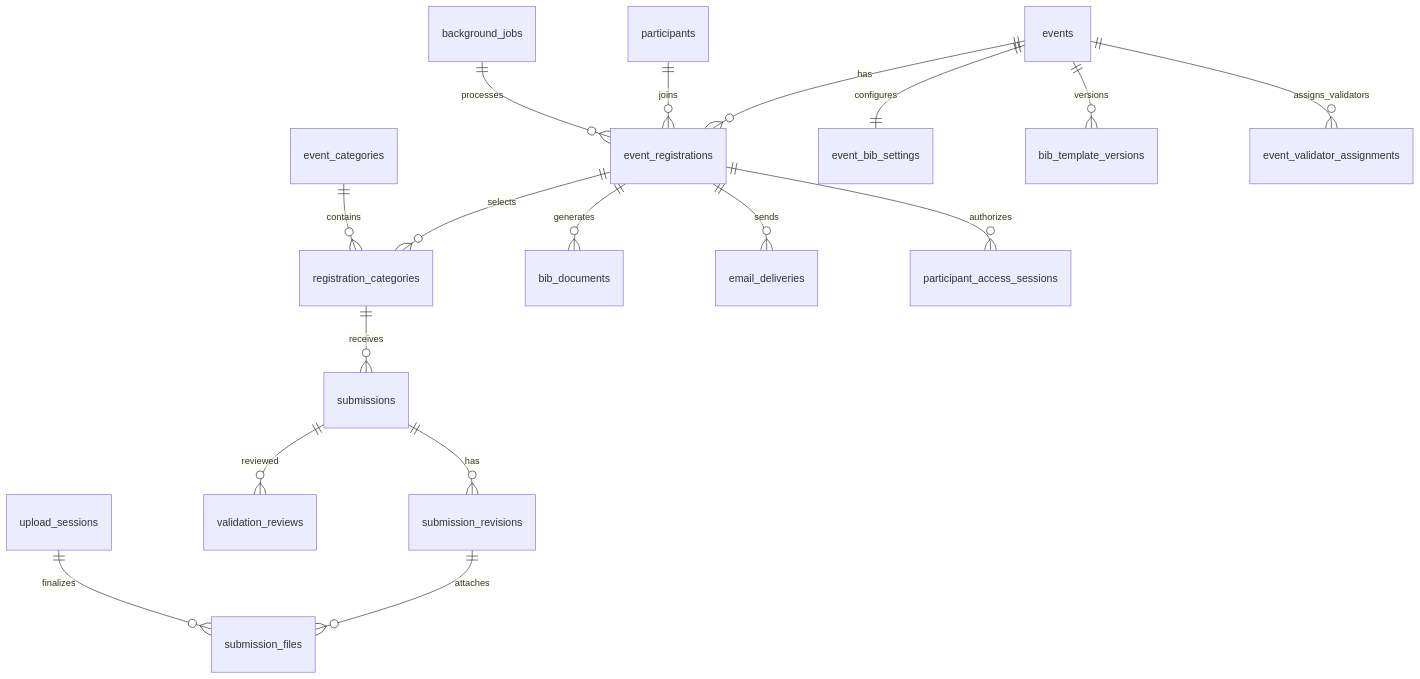
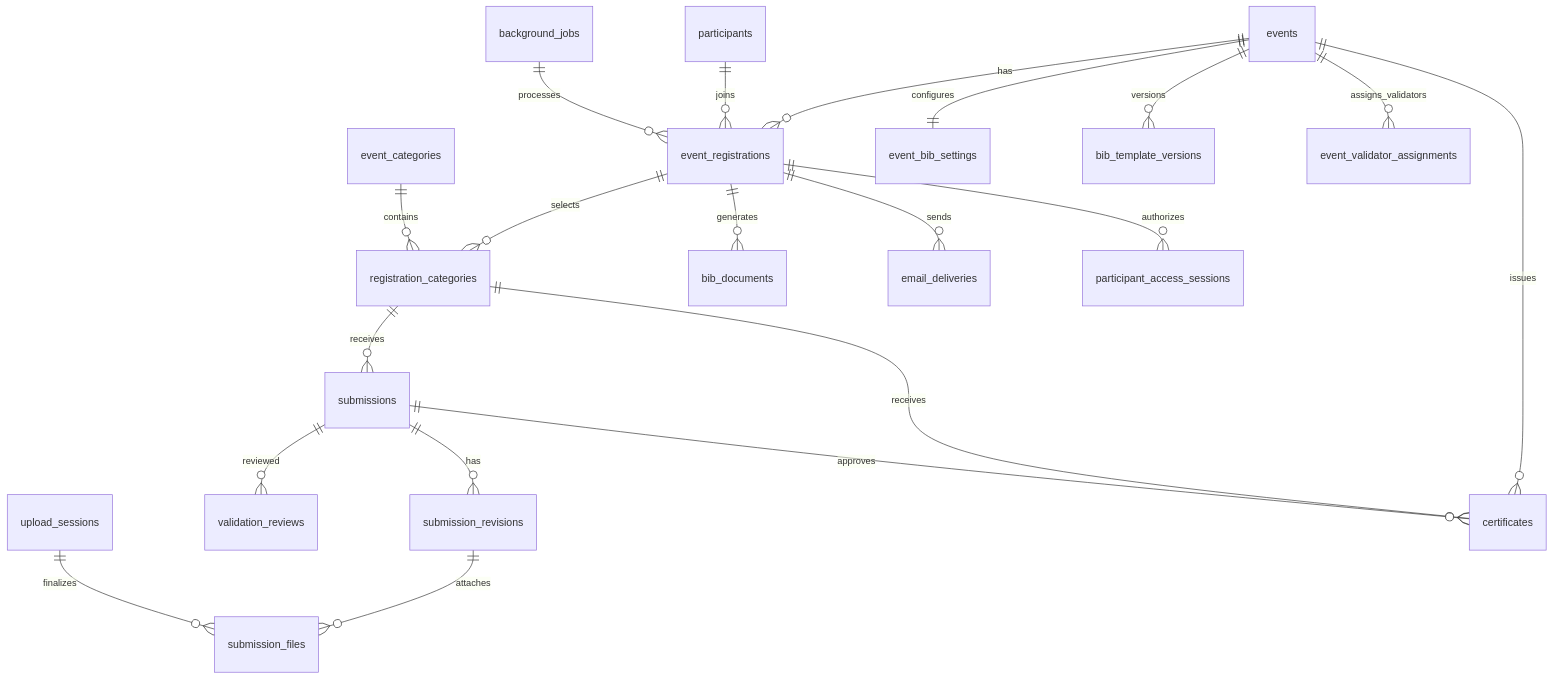
The second of 2 diagrams in docs/DATABASE.md (Ferdiany19/VirtualRun-beard), drawn with Mermaid before and after one commit. The commit also changed other lines of this file and 60 other files, not shown here.

````diff
--- a/docs/DATABASE.md
+++ b/docs/DATABASE.md
@@ -122,19 +135,22 @@
 ```mermaid
 erDiagram
   events ||--o{ event_registrations : has
   participants ||--o{ event_registrations : joins
   event_registrations ||--o{ registration_categories : selects
   event_categories ||--o{ registration_categories : contains
   events ||--|| event_bib_settings : configures
   events ||--o{ bib_template_versions : versions
   event_registrations ||--o{ bib_documents : generates
   event_registrations ||--o{ email_deliveries : sends
   event_registrations ||--o{ participant_access_sessions : authorizes
   registration_categories ||--o{ submissions : receives
   submissions ||--o{ submission_revisions : has
   submissions ||--o{ validation_reviews : reviewed
   submission_revisions ||--o{ submission_files : attaches
   upload_sessions ||--o{ submission_files : finalizes
   background_jobs ||--o{ event_registrations : processes
   events ||--o{ event_validator_assignments : assigns_validators
+  events ||--o{ certificates : issues
+  registration_categories ||--o{ certificates : receives
+  submissions ||--o{ certificates : approves
 ```
````
